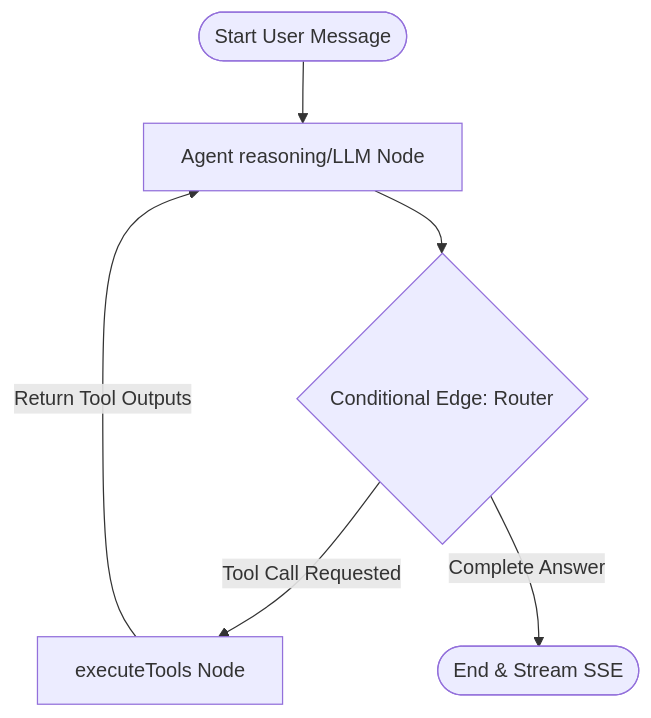
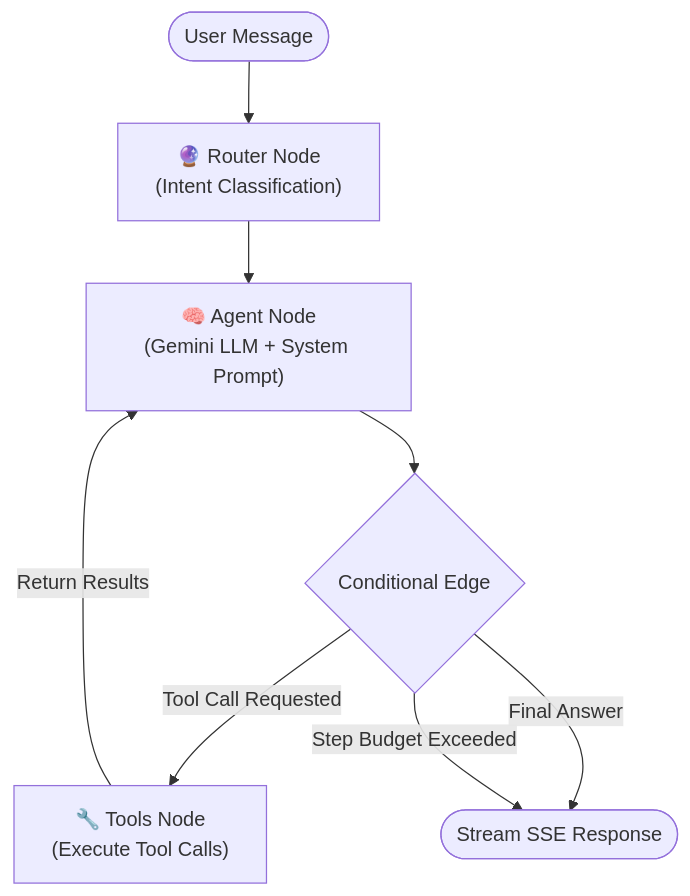
One commit to pritish157/AstroAgent changed the diagram in README.md. Above: the diagram before and after it, drawn with Mermaid. The commit also changed other lines of this file and 9 other files, not shown here.

````diff
--- a/README.md
+++ b/README.md
@@ -13,8 +13,10 @@
 ```mermaid
 graph TD
-    __start__([Start User Message]) --> AgentNode[Agent reasoning/LLM Node]
-    AgentNode --> Router{Conditional Edge: Router}
-    Router -->|Tool Call Requested| ExecuteTools[executeTools Node]
-    Router -->|Complete Answer| END([End & Stream SSE])
-    ExecuteTools -->|Return Tool Outputs| AgentNode
+    __start__([User Message]) --> Router["🔮 Router Node<br/>(Intent Classification)"]
+    Router --> Agent["🧠 Agent Node<br/>(Gemini LLM + System Prompt)"]
+    Agent --> Decision{Conditional Edge}
+    Decision -->|Tool Call Requested| Tools["🔧 Tools Node<br/>(Execute Tool Calls)"]
+    Decision -->|Final Answer| END([Stream SSE Response])
+    Tools -->|Return Results| Agent
+    Decision -->|Step Budget Exceeded| END
 ```
````
